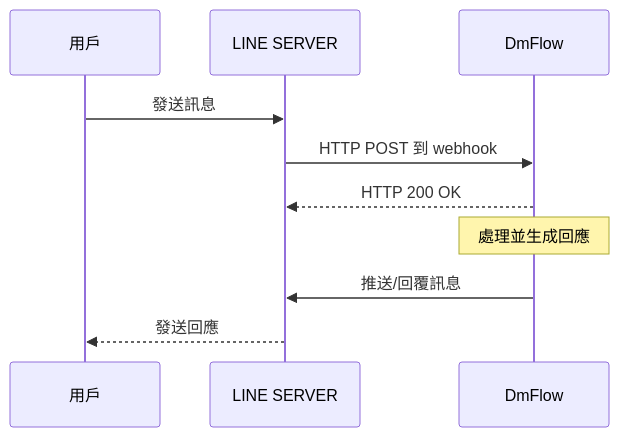
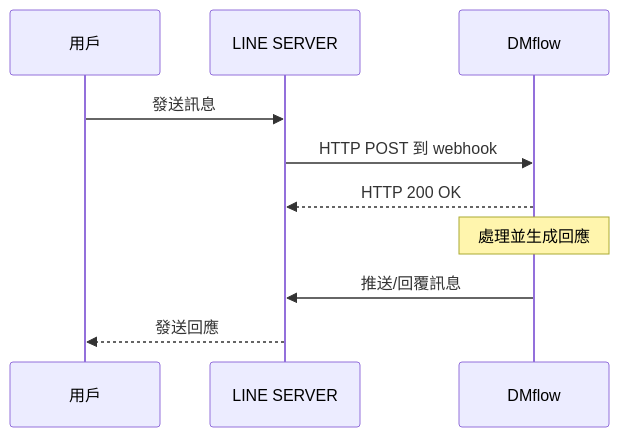
Before and after one commit to RaimundoLai/dmflow-docs: the diagram in lang/tw/products/dmflow/tutorials/docs/line.md, drawn with Mermaid. The commit also changed other lines of this file and 145 other files, not shown here.

````diff
--- a/lang/tw/products/dmflow/tutorials/docs/line.md
+++ b/lang/tw/products/dmflow/tutorials/docs/line.md
@@ -12,13 +12,13 @@
 ``` mermaid
 sequenceDiagram
     participant 用戶
     participant LINE SERVER
-    participant DmFlow
+    participant DMflow
 
     用戶->>LINE SERVER: 發送訊息
-    LINE SERVER->>DmFlow: HTTP POST 到 webhook
-    DmFlow-->>LINE SERVER: HTTP 200 OK
-    Note over DmFlow: 處理並生成回應
-    DmFlow->>LINE SERVER: 推送/回覆訊息
+    LINE SERVER->>DMflow: HTTP POST 到 webhook
+    DMflow-->>LINE SERVER: HTTP 200 OK
+    Note over DMflow: 處理並生成回應
+    DMflow->>LINE SERVER: 推送/回覆訊息
     LINE SERVER-->>用戶: 發送回應
 ```
````
